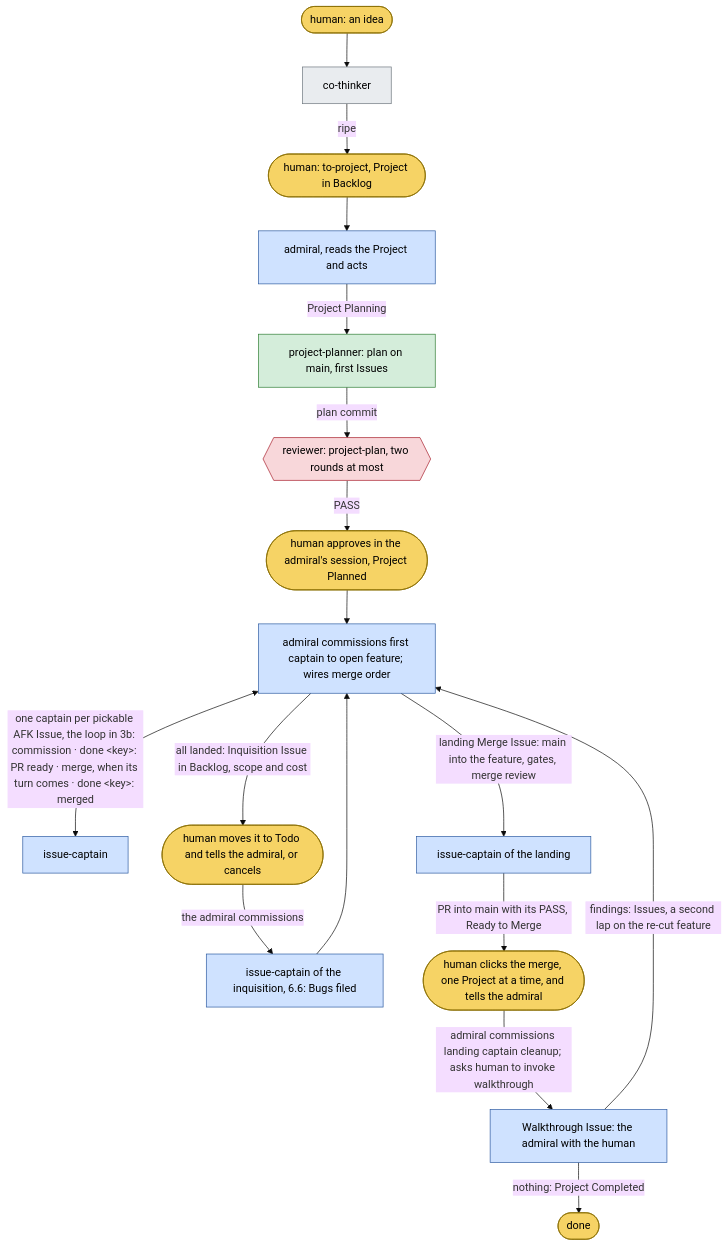
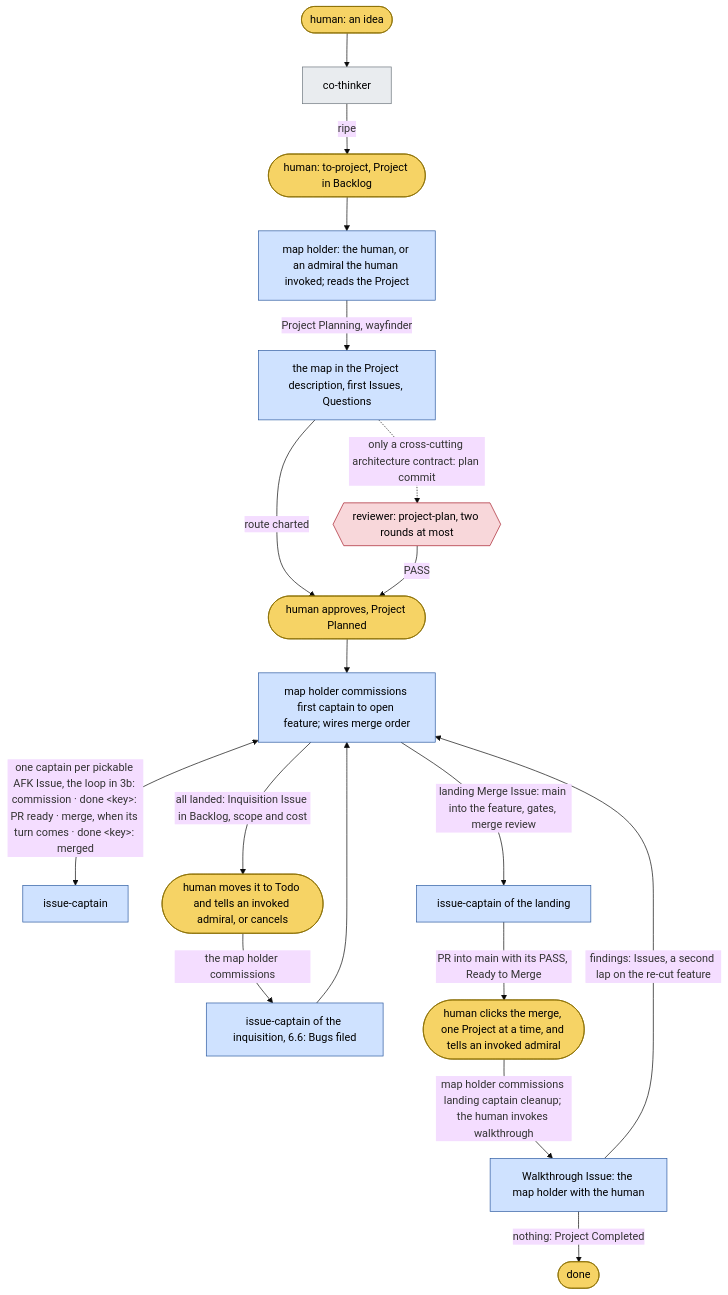
Before and after one commit to bodnarbalazs/dydo: the first of 12 diagrams in dydo/understand/control-flow.md, drawn with Mermaid (base theme). The commit also changed other lines of this file and 28 other files, not shown here.

````diff
--- a/dydo/understand/control-flow.md
+++ b/dydo/understand/control-flow.md
@@ -108,25 +115,26 @@
 ```mermaid
 flowchart TD
   classDef human fill:#f6d365,stroke:#8a6d00,color:#000
   classDef session fill:#e9ecef,stroke:#6c757d,color:#000
   classDef officer fill:#cfe2ff,stroke:#2c5aa0,color:#000
   classDef crew fill:#d4edda,stroke:#2e7d32,color:#000
   classDef reviewer fill:#f8d7da,stroke:#a71d2a,color:#000
 
   H0([human: an idea]):::human --> CT[co-thinker]:::session
   CT -->|ripe| TP([human: to-project, Project in Backlog]):::human
-  TP --> AD[admiral, reads the Project and acts]:::officer
-  AD -->|Project Planning| PP[project-planner: plan on main, first Issues]:::crew
-  PP -->|plan commit| RP{{reviewer: project-plan, two rounds at most}}:::reviewer
-  RP -->|PASS| H1([human approves in the admiral's session, Project Planned]):::human
-  H1 --> OP[admiral commissions first captain to open feature; wires merge order]:::officer
+  TP --> AD[map holder: the human, or an admiral the human invoked; reads the Project]:::officer
+  AD -->|Project Planning, wayfinder| MAP[the map in the Project description, first Issues, Questions]:::officer
+  MAP -.->|only a cross-cutting architecture contract: plan commit| RP{{reviewer: project-plan, two rounds at most}}:::reviewer
+  MAP -->|route charted| H1([human approves, Project Planned]):::human
+  RP -->|PASS| H1
+  H1 --> OP[map holder commissions first captain to open feature; wires merge order]:::officer
   OP <-->|"one captain per pickable AFK Issue, the loop in 3b: commission · done &lt;key&gt;: PR ready · merge, when its turn comes · done &lt;key&gt;: merged"| IC[issue-captain]:::officer
-  OP -->|all landed: Inquisition Issue in Backlog, scope and cost| H2([human moves it to Todo and tells the admiral, or cancels]):::human
-  H2 -->|the admiral commissions| IQ[issue-captain of the inquisition, 6.6: Bugs filed]:::officer
+  OP -->|all landed: Inquisition Issue in Backlog, scope and cost| H2([human moves it to Todo and tells an invoked admiral, or cancels]):::human
+  H2 -->|the map holder commissions| IQ[issue-captain of the inquisition, 6.6: Bugs filed]:::officer
   IQ --> OP
   OP -->|landing Merge Issue: main into the feature, gates, merge review| LM[issue-captain of the landing]:::officer
-  LM -->|PR into main with its PASS, Ready to Merge| H3([human clicks the merge, one Project at a time, and tells the admiral]):::human
-  H3 -->|admiral commissions landing captain cleanup; asks human to invoke walkthrough| WT[Walkthrough Issue: the admiral with the human]:::officer
+  LM -->|PR into main with its PASS, Ready to Merge| H3([human clicks the merge, one Project at a time, and tells an invoked admiral]):::human
+  H3 -->|map holder commissions landing captain cleanup; the human invokes walkthrough| WT[Walkthrough Issue: the map holder with the human]:::officer
   WT -->|findings: Issues, a second lap on the re-cut feature| OP
   WT -->|nothing: Project Completed| END([done]):::human
 ```
````
